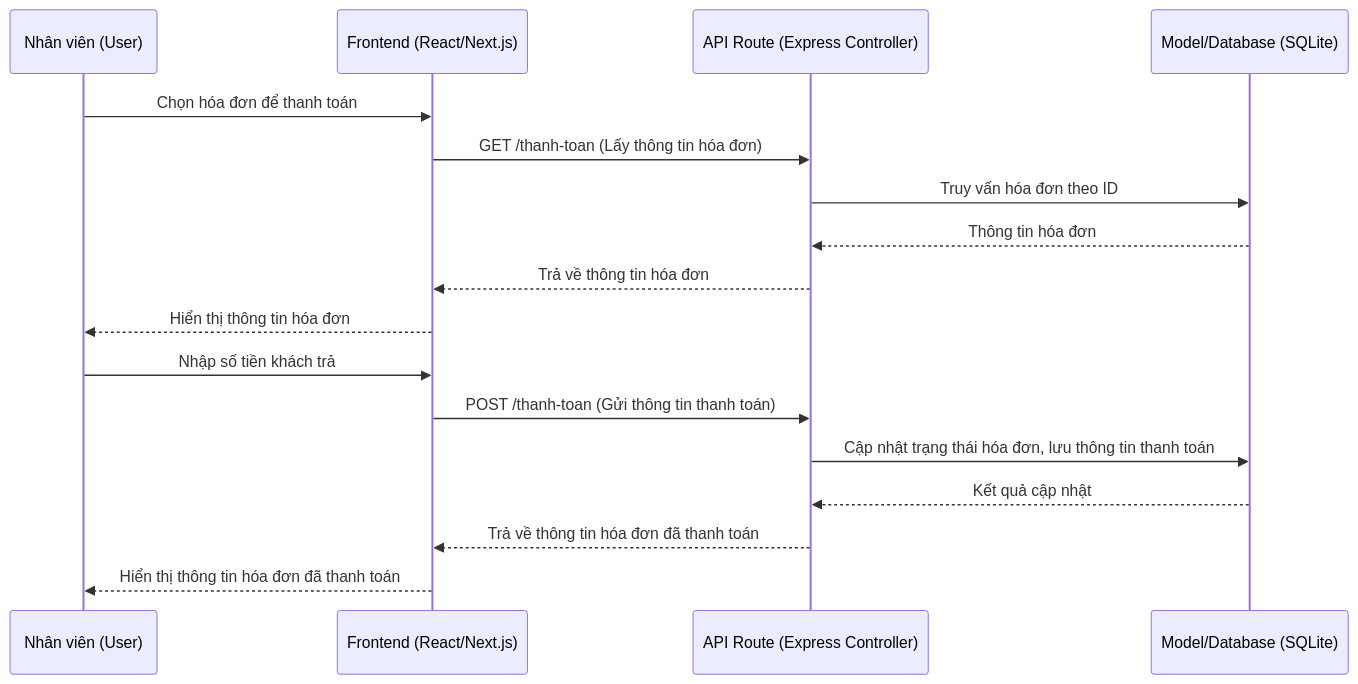
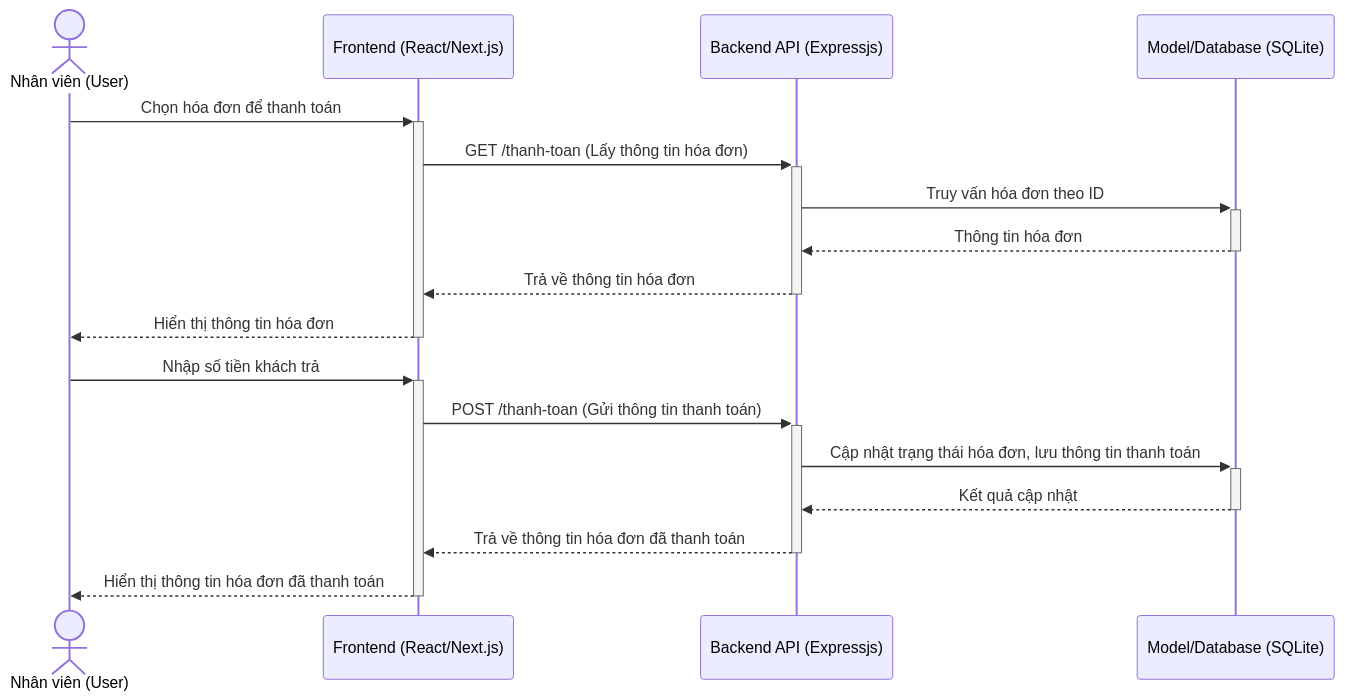
Before and after one commit to hinorashi/qlsb: the fifth of 6 diagrams in BAOCAO.md, drawn with Mermaid. The commit also changed other lines of this file, not shown here.

````diff
--- a/BAOCAO.md
+++ b/BAOCAO.md
@@ -194,21 +239,21 @@
 ```mermaid
 sequenceDiagram
-    participant User as Nhân viên (User)
+    actor User as Nhân viên (User)
     participant View as Frontend (React/Next.js)
-    participant Controller as API Route (Express Controller)
+    participant Controller as Backend API (Expressjs)
     participant Model as Model/Database (SQLite)
 
-    User->>View: Chọn hóa đơn để thanh toán
-    View->>Controller: GET /thanh-toan (Lấy thông tin hóa đơn)
-    Controller->>Model: Truy vấn hóa đơn theo ID
-    Model-->>Controller: Thông tin hóa đơn
-    Controller-->>View: Trả về thông tin hóa đơn
-    View-->>User: Hiển thị thông tin hóa đơn
+    User->>+View: Chọn hóa đơn để thanh toán
+    View->>+Controller: GET /thanh-toan (Lấy thông tin hóa đơn)
+    Controller->>+Model: Truy vấn hóa đơn theo ID
+    Model-->>-Controller: Thông tin hóa đơn
+    Controller-->>-View: Trả về thông tin hóa đơn
+    View-->>-User: Hiển thị thông tin hóa đơn
 
-    User->>View: Nhập số tiền khách trả
-    View->>Controller: POST /thanh-toan (Gửi thông tin thanh toán)
-    Controller->>Model: Cập nhật trạng thái hóa đơn, lưu thông tin thanh toán
-    Model-->>Controller: Kết quả cập nhật
-    Controller-->>View: Trả về thông tin hóa đơn đã thanh toán
-    View-->>User: Hiển thị thông tin hóa đơn đã thanh toán
+    User->>+View: Nhập số tiền khách trả
+    View->>+Controller: POST /thanh-toan (Gửi thông tin thanh toán)
+    Controller->>+Model: Cập nhật trạng thái hóa đơn, lưu thông tin thanh toán
+    Model-->>-Controller: Kết quả cập nhật
+    Controller-->>-View: Trả về thông tin hóa đơn đã thanh toán
+    View-->>-User: Hiển thị thông tin hóa đơn đã thanh toán
 ```
````
